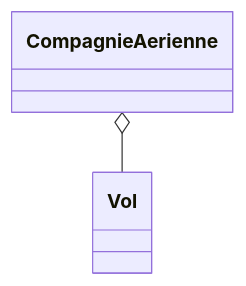
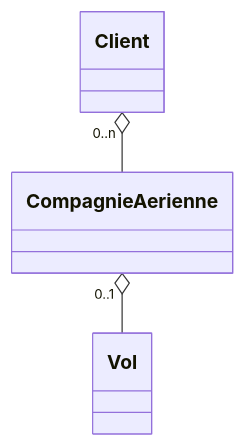
The second of 4 diagrams in README.md (ROUBAUD-Axel-2225073b/TD3uml), drawn with Mermaid before and after one commit. The commit also changed other lines of this file, not shown here.

````diff
--- a/README.md
+++ b/README.md
@@ -14,6 +17,8 @@
 ```mermaid
 classDiagram
   class CompagnieAerienne
   class Vol
-  CompagnieAerienne o-- Vol
+  class Client
+Client "0..n" o-- CompagnieAerienne
+  CompagnieAerienne "0..1" o-- Vol
 ```
````
